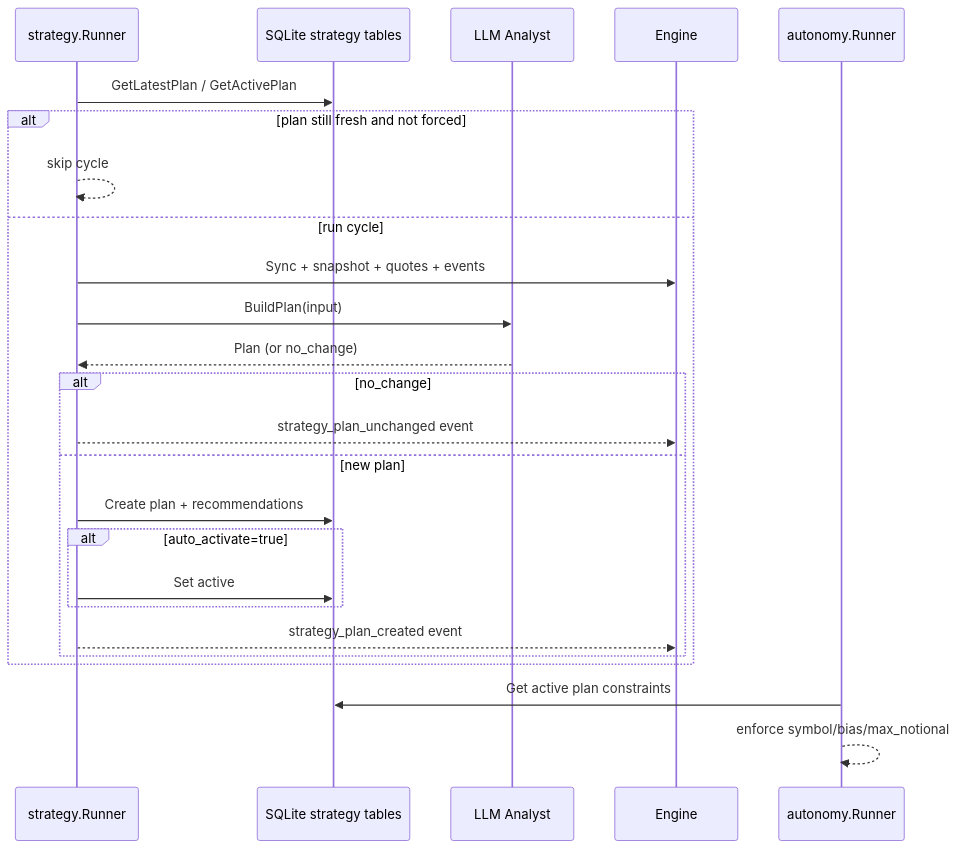
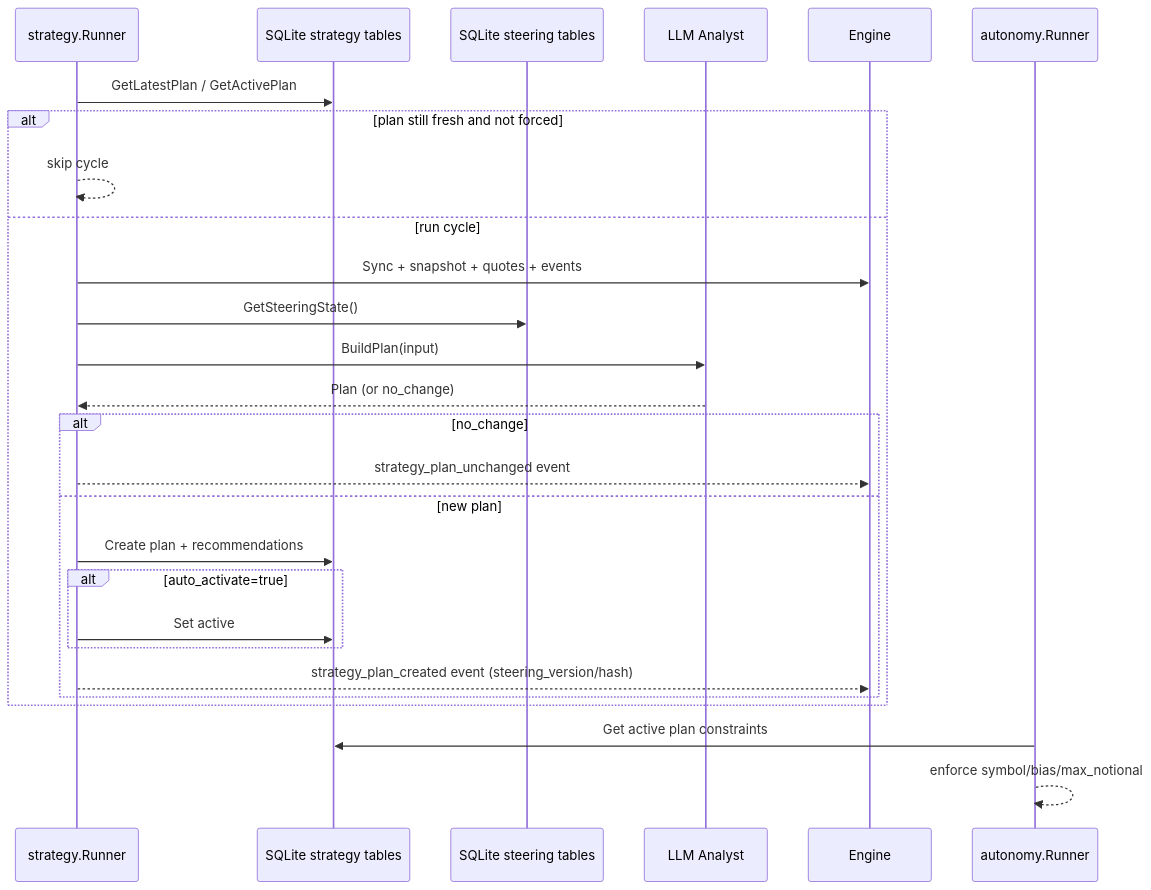
Before and after one commit to nerdstep/helix-tui: the fifth of 7 diagrams in docs/architecture.md, drawn with Mermaid. The commit also changed other lines of this file and 26 other files, not shown here.

````diff
--- a/docs/architecture.md
+++ b/docs/architecture.md
@@ -127,28 +135,30 @@
 ```mermaid
 sequenceDiagram
     participant S as strategy.Runner
     participant D as SQLite strategy tables
+    participant ST as SQLite steering tables
     participant L as LLM Analyst
     participant E as Engine
     participant A as autonomy.Runner
 
     S->>D: GetLatestPlan / GetActivePlan
     alt plan still fresh and not forced
       S-->>S: skip cycle
     else run cycle
       S->>E: Sync + snapshot + quotes + events
+      S->>ST: GetSteeringState()
       S->>L: BuildPlan(input)
       L-->>S: Plan (or no_change)
       alt no_change
         S-->>E: strategy_plan_unchanged event
       else new plan
         S->>D: Create plan + recommendations
         alt auto_activate=true
           S->>D: Set active
         end
-        S-->>E: strategy_plan_created event
+        S-->>E: strategy_plan_created event (steering_version/hash)
       end
     end
     A->>D: Get active plan constraints
     A-->>A: enforce symbol/bias/max_notional
 ```
````
